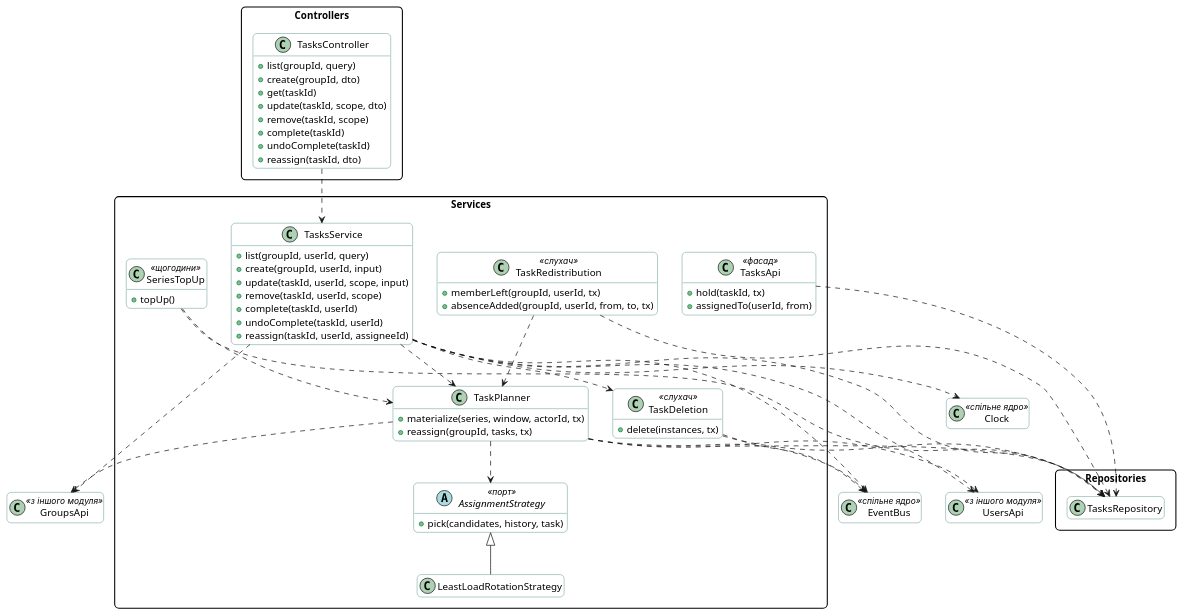
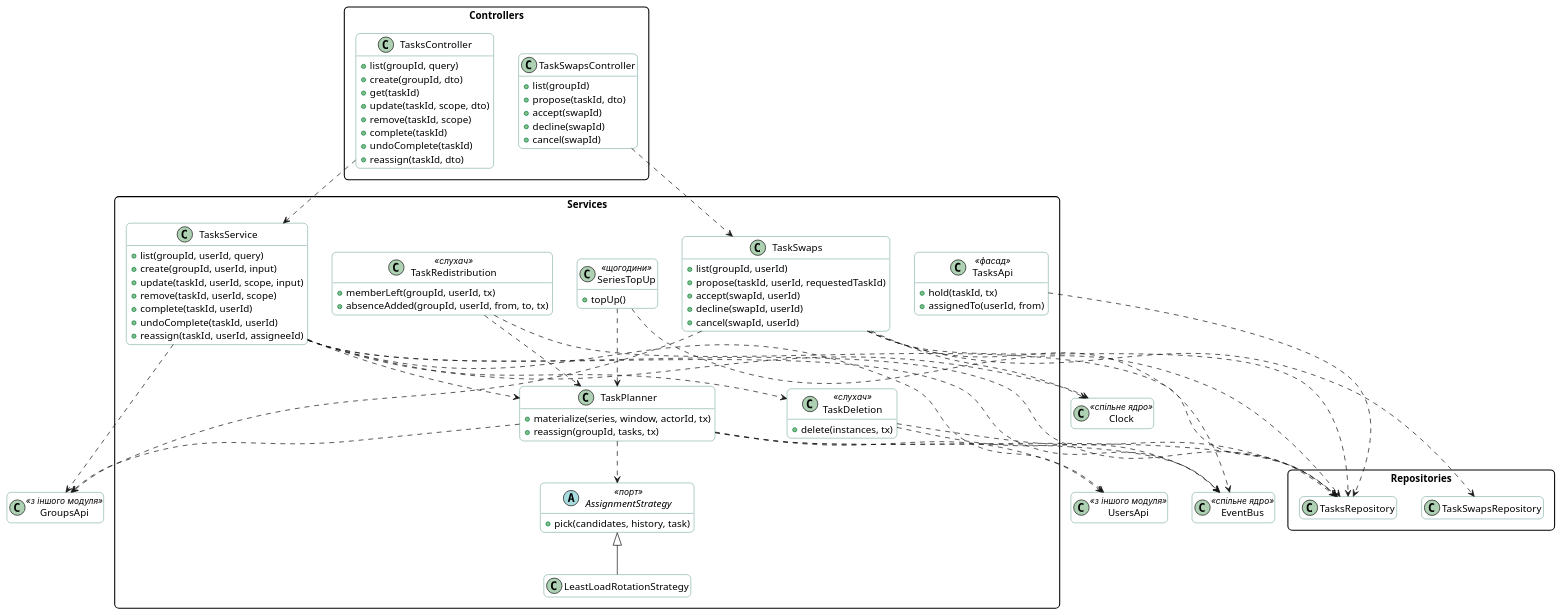
One commit to mzabrodin/Errandly changed the diagram in docs/diagrams/class/tasks.puml. Above: the diagram before and after it, drawn with PlantUML. The commit also changed 14 other files, not shown here.

Commit message:
docs: describe task swaps

```diff
--- a/docs/diagrams/class/tasks.puml
+++ b/docs/diagrams/class/tasks.puml
@@ -1,87 +1,108 @@
 @startuml tasks
 skinparam shadowing false
 skinparam defaultFontName "Inter, Segoe UI, Arial"
 skinparam RoundCorner 12
 skinparam ClassBackgroundColor #FFFFFF
 skinparam ClassBorderColor #1F6F64
 skinparam packageStyle rectangle
 hide empty members
 
 package Controllers {
   class TasksController {
     +list(groupId, query)
     +create(groupId, dto)
     +get(taskId)
     +update(taskId, scope, dto)
     +remove(taskId, scope)
     +complete(taskId)
     +undoComplete(taskId)
     +reassign(taskId, dto)
   }
+  class TaskSwapsController {
+    +list(groupId)
+    +propose(taskId, dto)
+    +accept(swapId)
+    +decline(swapId)
+    +cancel(swapId)
+  }
 }
 
 package Services {
   class TasksService {
     +list(groupId, userId, query)
     +create(groupId, userId, input)
     +update(taskId, userId, scope, input)
     +remove(taskId, userId, scope)
     +complete(taskId, userId)
     +undoComplete(taskId, userId)
     +reassign(taskId, userId, assigneeId)
+  }
+  class TaskSwaps {
+    +list(groupId, userId)
+    +propose(taskId, userId, requestedTaskId)
+    +accept(swapId, userId)
+    +decline(swapId, userId)
+    +cancel(swapId, userId)
   }
   class TaskPlanner {
     +materialize(series, window, actorId, tx)
     +reassign(groupId, tasks, tx)
   }
   class TaskRedistribution <<слухач>> {
     +memberLeft(groupId, userId, tx)
     +absenceAdded(groupId, userId, from, to, tx)
   }
   class TaskDeletion <<слухач>> {
     +delete(instances, tx)
   }
   class TasksApi <<фасад>> {
     +hold(taskId, tx)
     +assignedTo(userId, from)
   }
   class SeriesTopUp <<щогодини>> {
     +topUp()
   }
   abstract class AssignmentStrategy <<порт>> {
     +pick(candidates, history, task)
   }
   class LeastLoadRotationStrategy
 }
 
 package Repositories {
   class TasksRepository
+  class TaskSwapsRepository
 }
 
 class GroupsApi <<з іншого модуля>>
 class UsersApi <<з іншого модуля>>
 class EventBus <<спільне ядро>>
 class Clock <<спільне ядро>>
 
 TasksController ..> TasksService
 TasksService ..> TaskPlanner
 TasksService ..> TaskDeletion
 TasksService ..> TasksRepository
 TasksService ..> GroupsApi
 TasksService ..> UsersApi
 TasksService ..> EventBus
 TasksService ..> Clock
+TaskSwapsController ..> TaskSwaps
+TaskSwaps ..> TaskSwapsRepository
+TaskSwaps ..> TasksRepository
+TaskSwaps ..> GroupsApi
+TaskSwaps ..> EventBus
+TaskSwaps ..> Clock
 TaskPlanner ..> AssignmentStrategy
 TaskPlanner ..> TasksRepository
 TaskPlanner ..> GroupsApi
 TaskPlanner ..> UsersApi
 TaskPlanner ..> EventBus
 TaskRedistribution ..> TaskPlanner
 TaskRedistribution ..> TasksRepository
 TaskDeletion ..> TasksRepository
 TaskDeletion ..> EventBus
 TasksApi ..> TasksRepository
 SeriesTopUp ..> TaskPlanner
 SeriesTopUp ..> TasksRepository
 LeastLoadRotationStrategy -up-|> AssignmentStrategy
 @enduml
```
